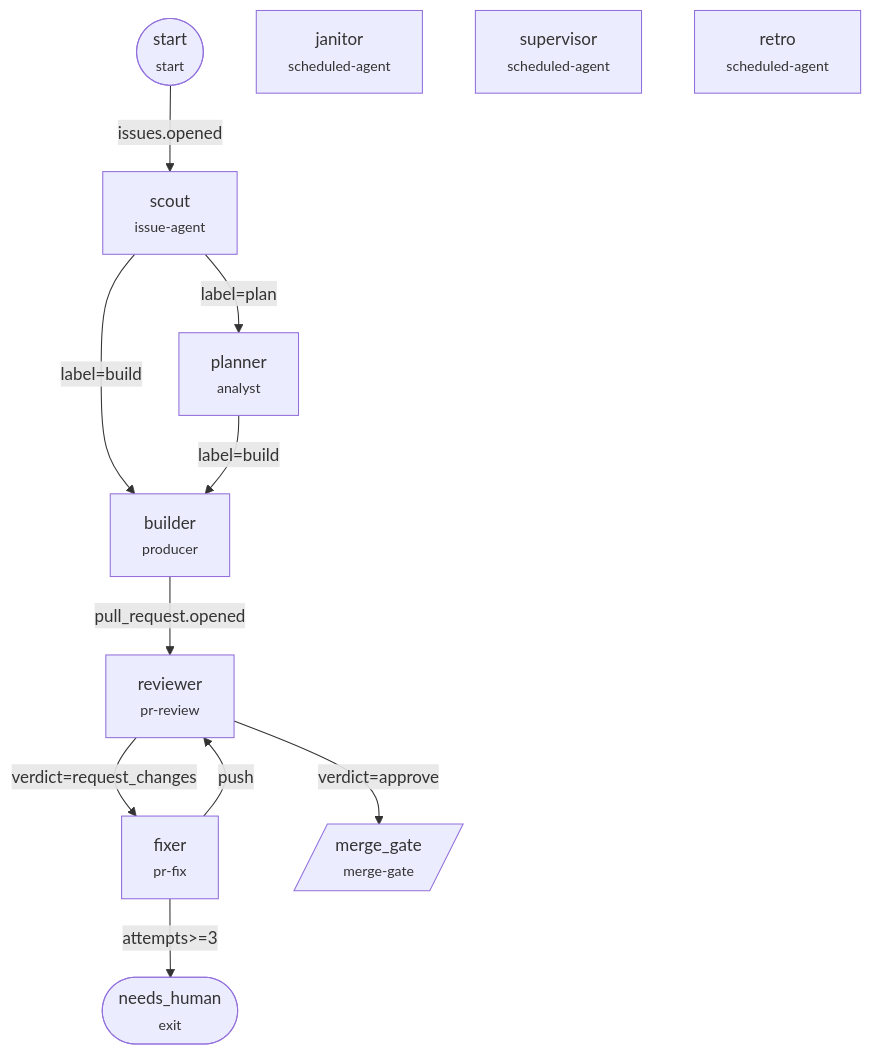
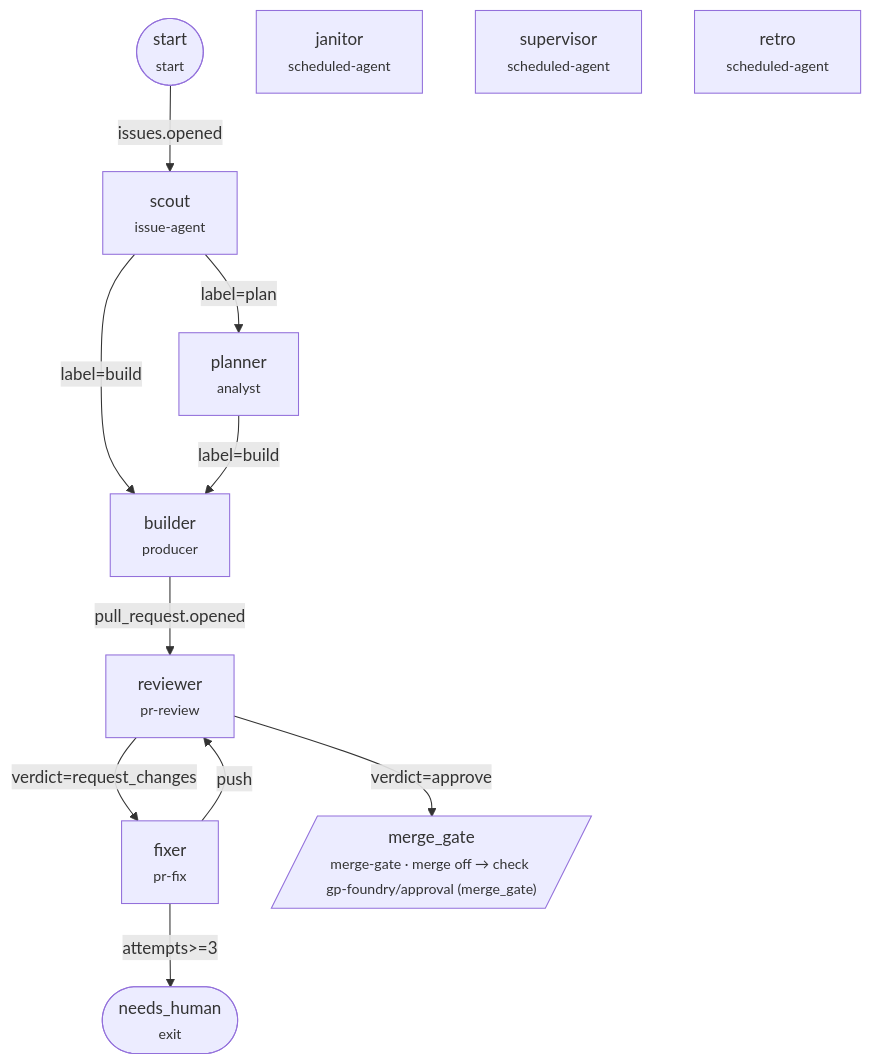
The diagram in examples/starter/.github/HARNESS.md (thegpvc/gp-foundry), drawn with Mermaid before and after one commit. The commit also changed other lines of this file and 62 other files, not shown here.

````diff
--- a/examples/starter/.github/HARNESS.md
+++ b/examples/starter/.github/HARNESS.md
@@ -5,23 +5,23 @@
 ```mermaid
 flowchart TD
   start(["start<br/><small>start</small>"])
   scout["scout<br/><small>issue-agent</small>"]
   planner["planner<br/><small>analyst</small>"]
   builder["builder<br/><small>producer</small>"]
   reviewer["reviewer<br/><small>pr-review</small>"]
   fixer["fixer<br/><small>pr-fix</small>"]
-  merge_gate[/"merge_gate<br/><small>merge-gate</small>"/]
+  merge_gate[/"merge_gate<br/><small>merge-gate · merge off → check gp-foundry/approval (merge_gate)</small>"/]
   janitor["janitor<br/><small>scheduled-agent</small>"]
   supervisor["supervisor<br/><small>scheduled-agent</small>"]
   retro["retro<br/><small>scheduled-agent</small>"]
   needs_human(["needs_human<br/><small>exit</small>"])
   start -->|"issues.opened"| scout
   scout -->|"label=plan"| planner
   scout -->|"label=build"| builder
   planner -->|"label=build"| builder
   builder -->|"pull_request.opened"| reviewer
   reviewer -->|"verdict=approve"| merge_gate
   reviewer -->|"verdict=request_changes"| fixer
   fixer -->|"push"| reviewer
   fixer -->|"attempts>=3"| needs_human
 ```
````
